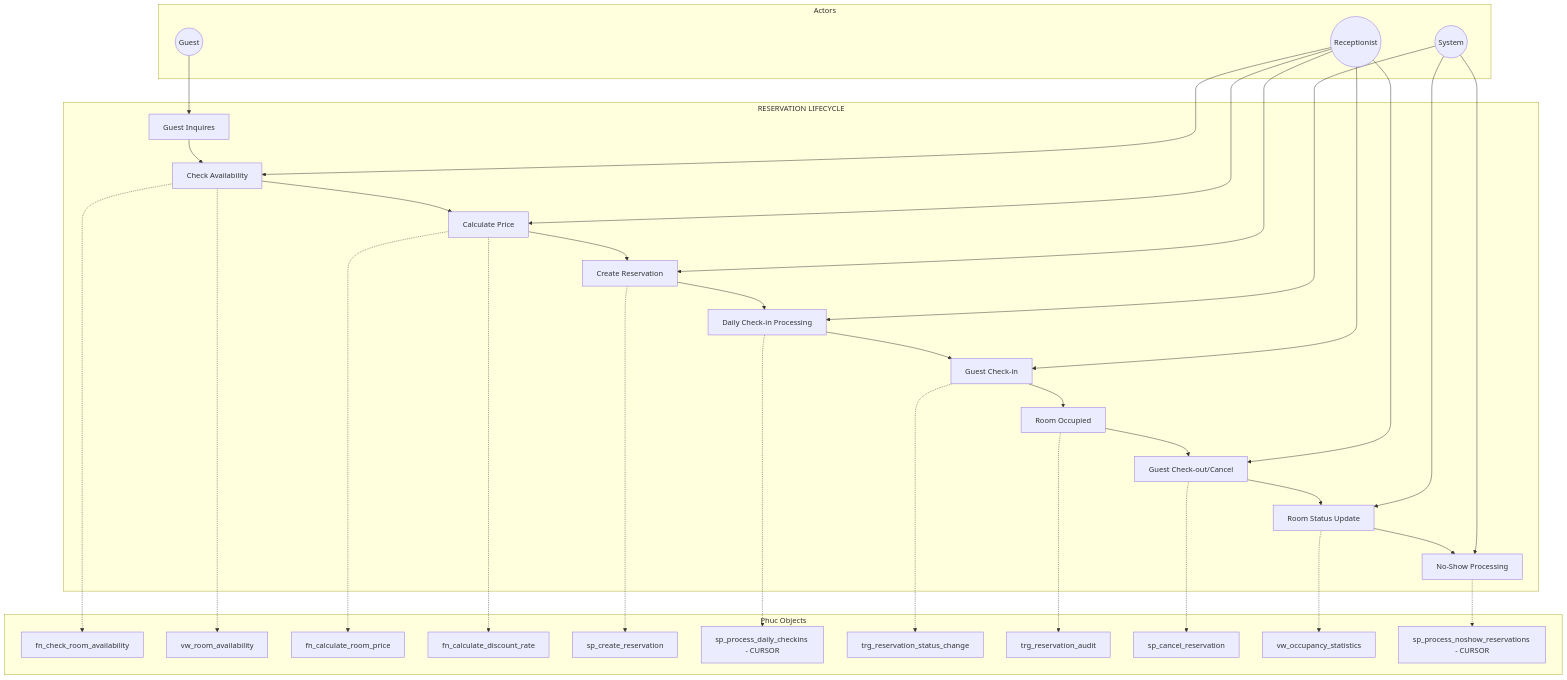
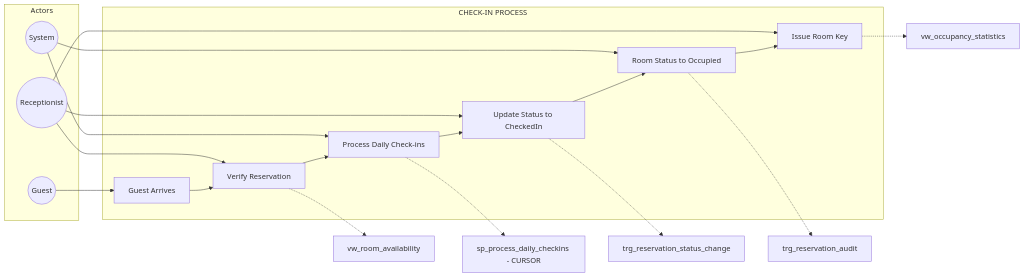
Before and after one commit to LoudlyDawn2108/FantasticHotel: the second of 15 diagrams in MEMBER_BUSINESS_PROCESS_VERIFICATION.md, drawn with Mermaid. The commit also changed other lines of this file, not shown here.

Commit message:
docs: Replace single high-level business process descriptions with multiple detailed processes per team member.

````diff
--- a/MEMBER_BUSINESS_PROCESS_VERIFICATION.md
+++ b/MEMBER_BUSINESS_PROCESS_VERIFICATION.md
@@ -10,44 +61,29 @@
 ```mermaid
-flowchart TB
-    subgraph "Actors"
+flowchart LR
+    subgraph Actors
         A1((Guest))
         A2((Receptionist))
         A3((System))
     end
     
-    subgraph "RESERVATION LIFECYCLE"
-        A[Guest Inquires] --> B[Check Availability]
-        B --> C[Calculate Price]
-        C --> D[Create Reservation]
-        D --> E[Daily Check-in Processing]
-        E --> F[Guest Check-in]
-        F --> G[Room Occupied]
-        G --> H[Guest Check-out/Cancel]
-        H --> I[Room Status Update]
-        I --> J[No-Show Processing]
+    subgraph "CHECK-IN PROCESS"
+        S1[Guest Arrives] --> S2[Verify Reservation]
+        S2 --> S3[Process Daily Check-ins]
+        S3 --> S4[Update Status to CheckedIn]
+        S4 --> S5[Room Status to Occupied]
+        S5 --> S6[Issue Room Key]
     end
     
-    subgraph "Phuc Objects"
-        B -.-> FN1[fn_check_room_availability]
-        B -.-> VW1[vw_room_availability]
-        C -.-> FN2[fn_calculate_room_price]
-        C -.-> FN3[fn_calculate_discount_rate]
-        D -.-> SP1[sp_create_reservation]
-        E -.-> CUR1[sp_process_daily_checkins - CURSOR]
-        F -.-> TR1[trg_reservation_status_change]
-        G -.-> TR2[trg_reservation_audit]
-        H -.-> SP2[sp_cancel_reservation]
-        I -.-> VW2[vw_occupancy_statistics]
-        J -.-> CUR2[sp_process_noshow_reservations - CURSOR]
-    end
+    A1 --> S1
+    A2 --> S2
+    A3 --> S3
+    A2 --> S4
+    A3 --> S5
+    A2 --> S6
     
-    A1 --> A
-    A2 --> B
-    A2 --> C
-    A2 --> D
-    A3 --> E
-    A2 --> F
-    A2 --> H
-    A3 --> I
-    A3 --> J
+    S2 -.-> O1[vw_room_availability]
+    S3 -.-> O2[sp_process_daily_checkins - CURSOR]
+    S4 -.-> O3[trg_reservation_status_change]
+    S5 -.-> O4[trg_reservation_audit]
+    S6 -.-> O5[vw_occupancy_statistics]
 ```
````
